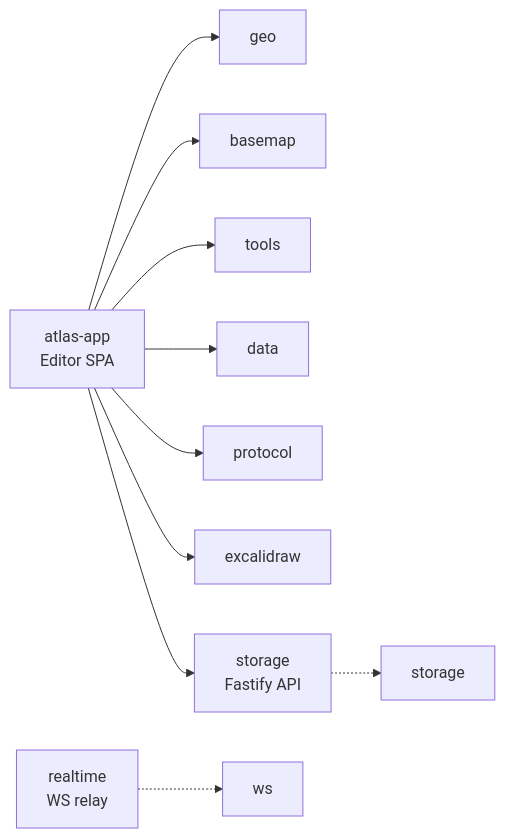
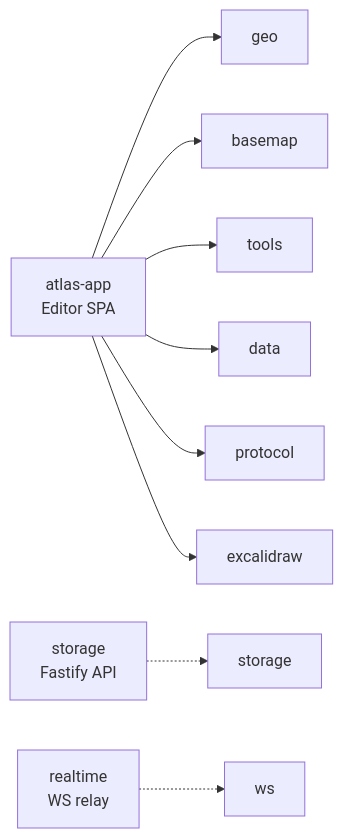
The diagram in README.md (micahchoo/atlasdraw), drawn with Mermaid before and after one commit. The commit also changed other lines of this file and 12 other files, not shown here.

````diff
--- a/README.md
+++ b/README.md
@@ -53,12 +53,11 @@
 ```mermaid
 graph LR
     A[atlas-app<br/>Editor SPA] --> G[geo]
     A --> B[basemap]
     A --> T[tools]
     A --> D[data]
     A --> P[protocol]
     A --> E[excalidraw]
-    A --> S[sdk]
     S[storage<br/>Fastify API] -.-> storage
     R[realtime<br/>WS relay] -.-> ws
 ```
````
